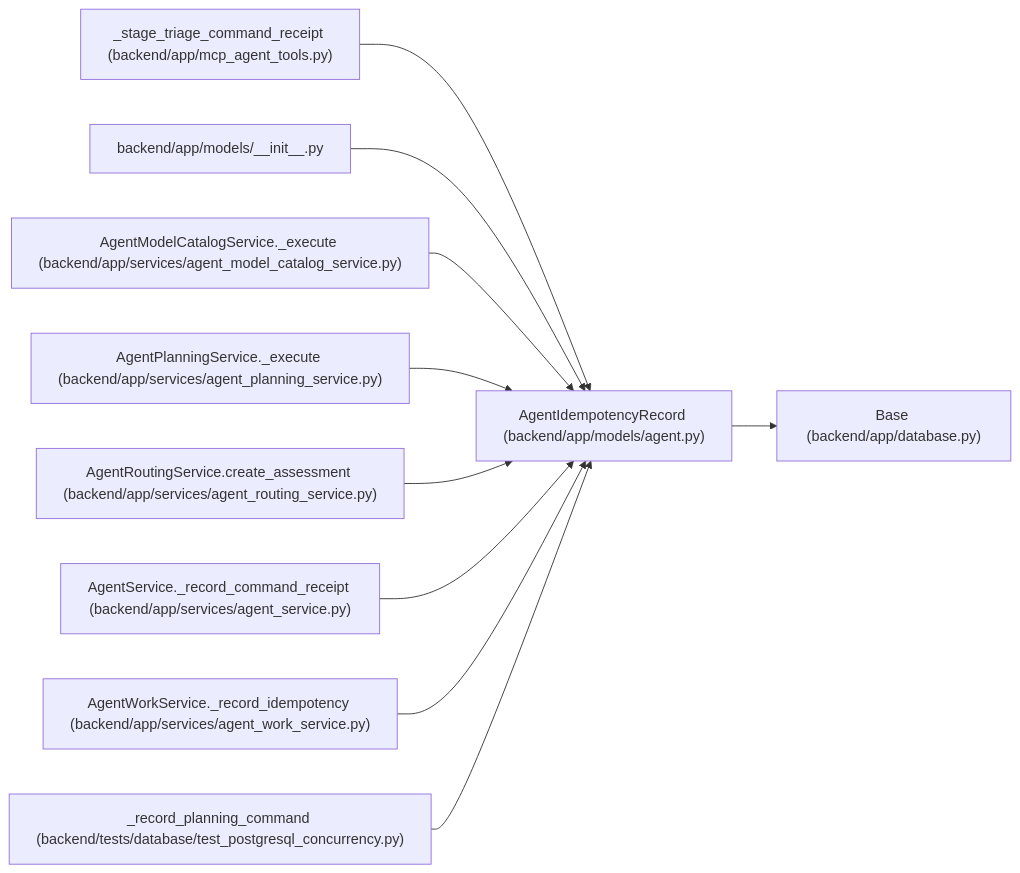
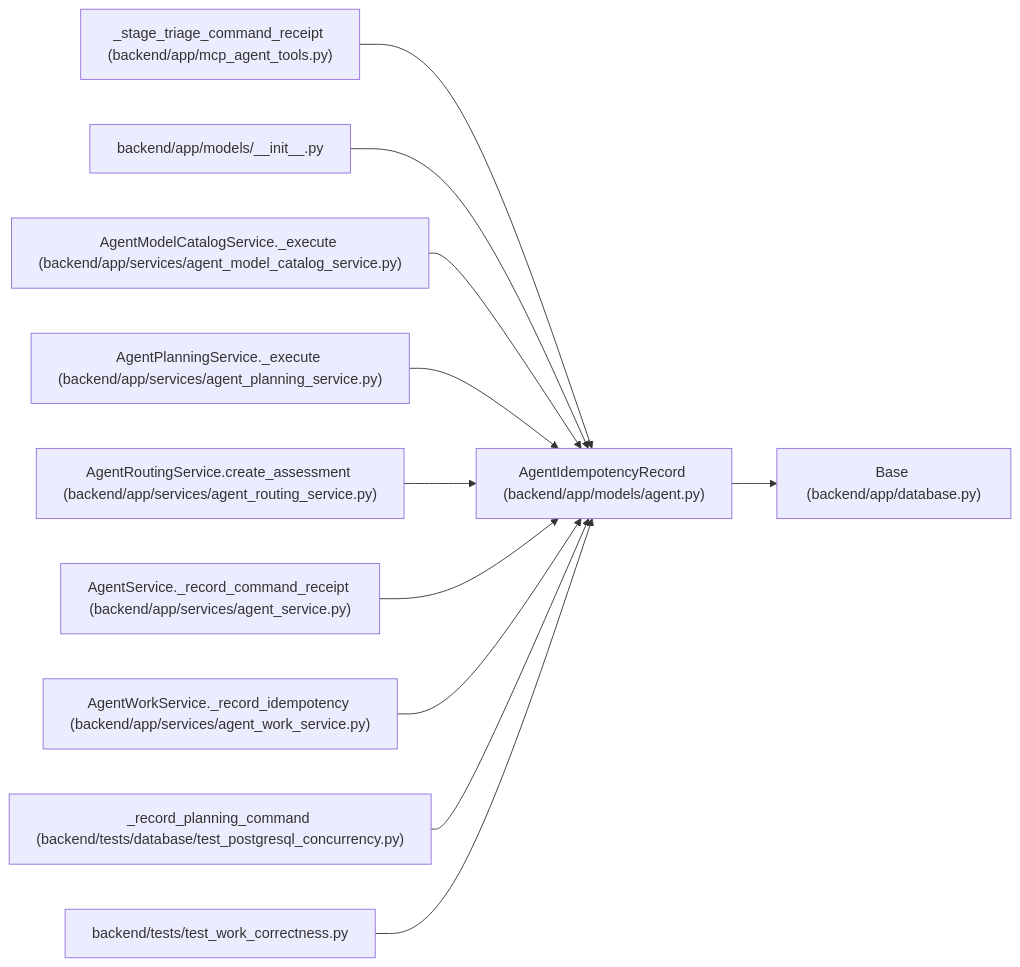
Before and after one commit to Denissvgn/WorkChord: the diagram in docs/llm_wiki/entities/AgentIdempotencyRecord.md, drawn with Mermaid. The commit also changed other lines of this file and 958 other files, not shown here.

First line of the commit message:
docs(wiki): refresh identity and recovery architecture

````diff
--- a/docs/llm_wiki/entities/AgentIdempotencyRecord.md
+++ b/docs/llm_wiki/entities/AgentIdempotencyRecord.md
@@ -33,32 +33,35 @@
 ```mermaid
 flowchart LR
     n0["AgentIdempotencyRecord (backend/app/models/agent.py)"]
     n1["Base (backend/app/database.py)"]
     n2["_stage_triage_command_receipt (backend/app/mcp_agent_tools.py)"]
     n3["backend/app/models/__init__.py"]
     n4["AgentModelCatalogService._execute (backend/app/services/agent_model_catalog_service.py)"]
     n5["AgentPlanningService._execute (backend/app/services/agent_planning_service.py)"]
     n6["AgentRoutingService.create_assessment (backend/app/services/agent_routing_service.py)"]
     n7["AgentService._record_command_receipt (backend/app/services/agent_service.py)"]
     n8["AgentWorkService._record_idempotency (backend/app/services/agent_work_service.py)"]
     n9["_record_planning_command (backend/tests/database/test_postgresql_concurrency.py)"]
+    n10["backend/tests/test_work_correctness.py"]
     n0 --> n1
     n2 --> n0
     n3 --> n0
     n4 --> n0
     n5 --> n0
     n6 --> n0
     n7 --> n0
     n8 --> n0
     n9 --> n0
+    n10 --> n0
     click n0 "../modules/models_agent.md"
     click n1 "../modules/app_database.md"
     click n2 "../modules/mcp_agent_tools.md"
     click n3 "../modules/models___init__.md"
     click n4 "../modules/agent_model_catalog_service.md"
     click n5 "../modules/agent_planning_service.md"
     click n6 "../modules/agent_routing_service.md"
     click n7 "../modules/agent_service.md"
     click n8 "../modules/agent_work_service.md"
     click n9 "../modules/test_postgresql_concurrency.md"
+    click n10 "../modules/test_work_correctness.md"
 ```
````
